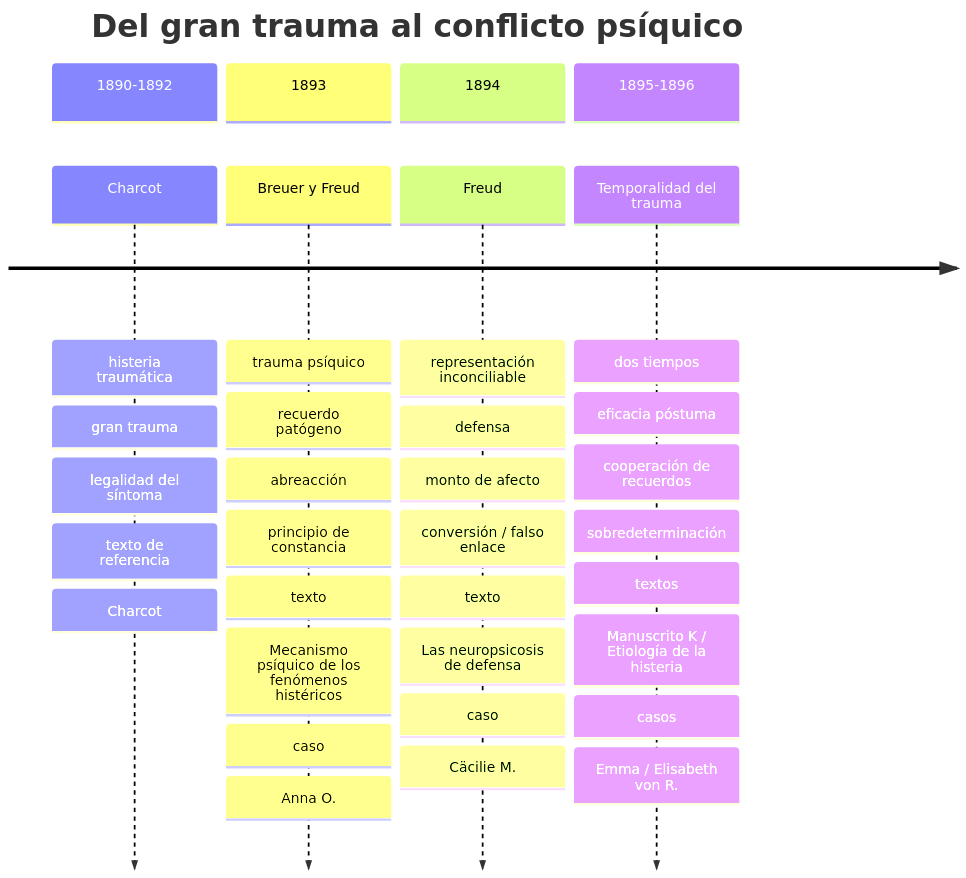
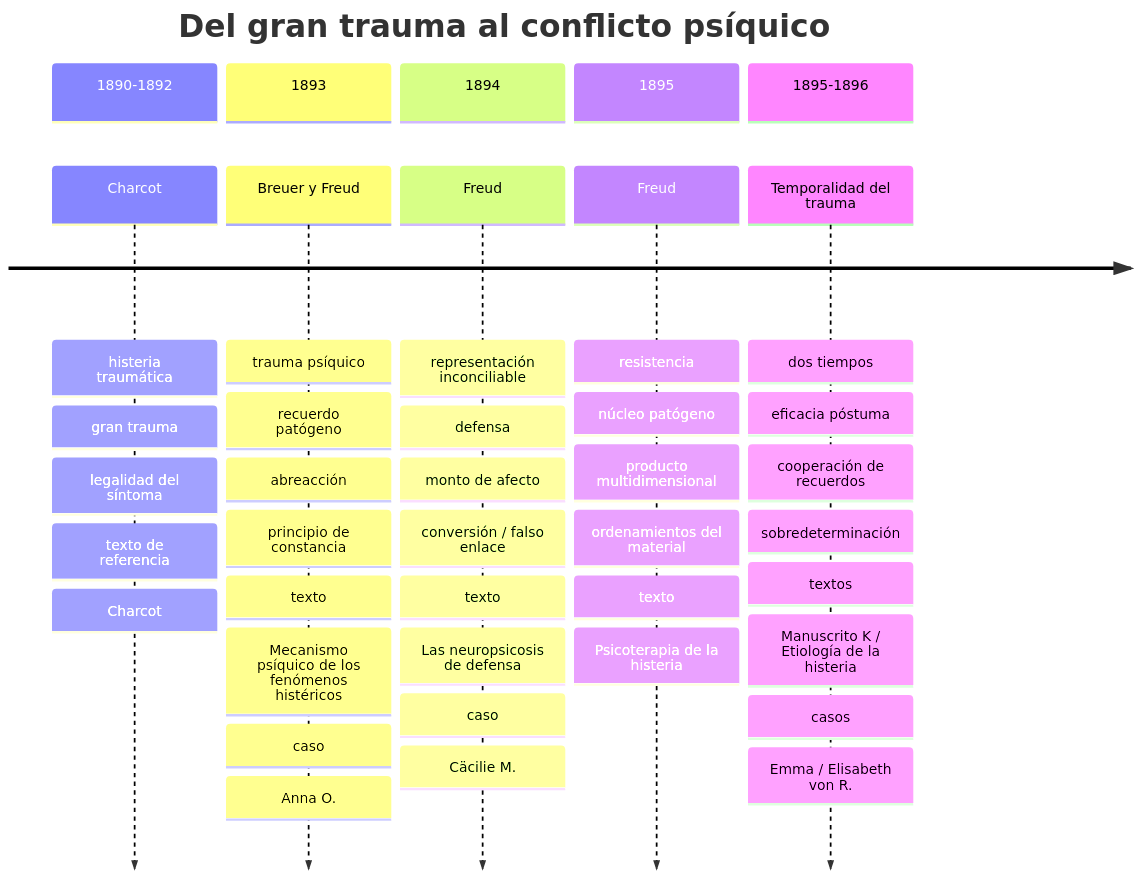
Before and after one commit to javifernandes/psicoanalisis-freud-laznik: the second of 3 diagrams in libro/bookops/02-sintesis-integrada/00-linea-temporal-del-primer-freud.md, drawn with Mermaid. The commit also changed other lines of this file, not shown here.

Commit message:
Add Psicoterapia de la histeria to Freud timeline

````diff
--- a/libro/bookops/02-sintesis-integrada/00-linea-temporal-del-primer-freud.md
+++ b/libro/bookops/02-sintesis-integrada/00-linea-temporal-del-primer-freud.md
@@ -69,34 +75,41 @@
 ```mermaid
 timeline
     title Del gran trauma al conflicto psíquico
 
     section 1890-1892
       Charcot : histeria traumática
               : gran trauma
               : legalidad del síntoma
               : texto de referencia: Charcot
 
     section 1893
       Breuer y Freud : trauma psíquico
                      : recuerdo patógeno
                      : abreacción
                      : principio de constancia
                      : texto: Mecanismo psíquico de los fenómenos histéricos
                      : caso: Anna O.
 
     section 1894
       Freud : representación inconciliable
             : defensa
             : monto de afecto
             : conversión / falso enlace
             : texto: Las neuropsicosis de defensa
             : caso: Cäcilie M.
 
+    section 1895
+      Freud : resistencia
+            : núcleo patógeno
+            : producto multidimensional
+            : ordenamientos del material
+            : texto: Psicoterapia de la histeria
+
     section 1895-1896
       Temporalidad del trauma : dos tiempos
                               : eficacia póstuma
                               : cooperación de recuerdos
                               : sobredeterminación
                               : textos: Manuscrito K / Etiología de la histeria
                               : casos: Emma / Elisabeth von R.
 ```
````
